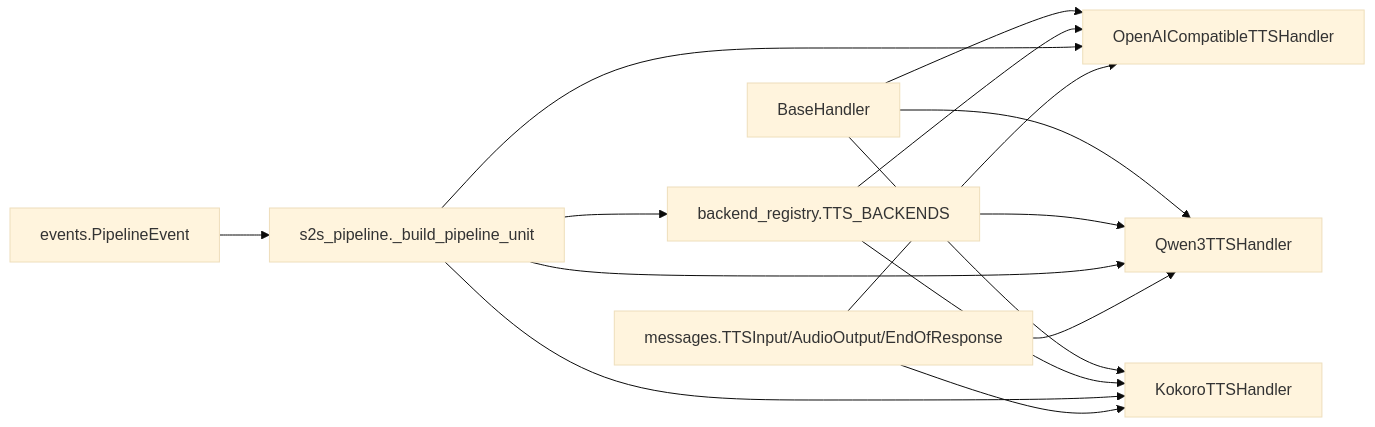
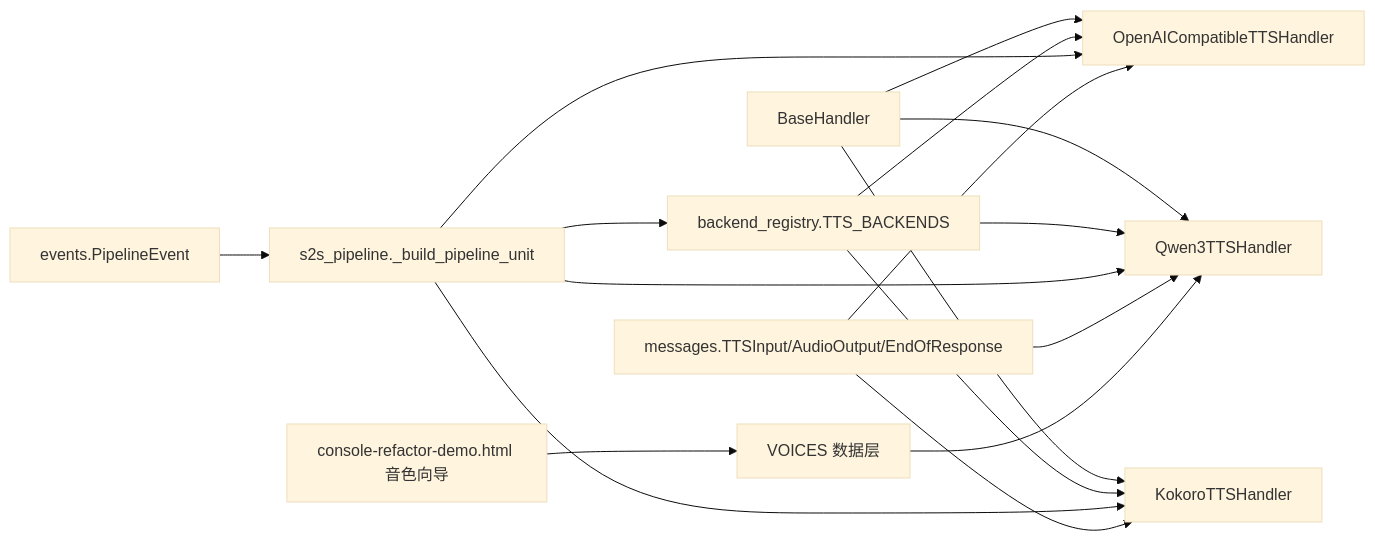
One commit to joezxh/speech-to-speech changed diagram 11 of 11 in .qoder/repowiki/zh/content/文字转语音 (TTS)/TTS 架构设计.md. Above: the diagram before and after it, drawn with Mermaid (base theme). The commit also changed other lines of this file and 1743 other files, not shown here.

````diff
--- a/.qoder/repowiki/zh/content/文字转语音 (TTS)/TTS 架构设计.md
+++ b/.qoder/repowiki/zh/content/文字转语音 (TTS)/TTS 架构设计.md
@@ -320,17 +451,19 @@
 ```mermaid
 graph LR
 BASE["BaseHandler"] --> OAI["OpenAICompatibleTTSHandler"]
 BASE --> QWEN["Qwen3TTSHandler"]
 BASE --> KOKORO["KokoroTTSHandler"]
 REG["backend_registry.TTS_BACKENDS"] --> OAI
 REG --> QWEN
 REG --> KOKORO
 PIPE["s2s_pipeline._build_pipeline_unit"] --> REG
 PIPE --> OAI
 PIPE --> QWEN
 PIPE --> KOKORO
 MSG["messages.TTSInput/AudioOutput/EndOfResponse"] --> OAI
 MSG --> QWEN
 MSG --> KOKORO
 EVT["events.PipelineEvent"] --> PIPE
+WIZARD["console-refactor-demo.html 音色向导"] --> VOICES["VOICES 数据层"]
+VOICES --> QWEN
 ```
````
